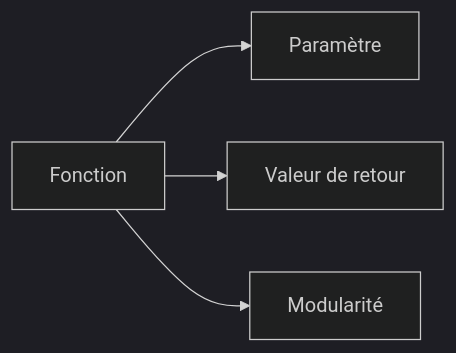
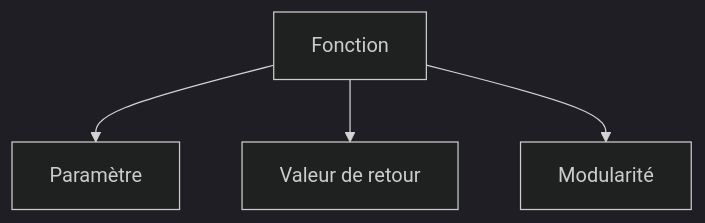
One commit to zyrass/omnydocs changed diagram 14 of 38 in docs/glossaire/bases-fondamentales.md. Above: the diagram before and after it, drawn with Mermaid (dark theme). The commit also changed other lines of this file and 1780 other files, not shown here.

````diff
--- a/docs/glossaire/bases-fondamentales.md
+++ b/docs/glossaire/bases-fondamentales.md
@@ -276,6 +334,6 @@
-    ```mermaid
-    graph LR
-        A[Fonction] --> B[Paramètre]
-        A --> C[Valeur de retour]
-        A --> D[Modularité]
-    ```
+```mermaid
+graph TB
+    A[Fonction] --> B[Paramètre]
+    A --> C[Valeur de retour]
+    A --> D[Modularité]
+```
````
